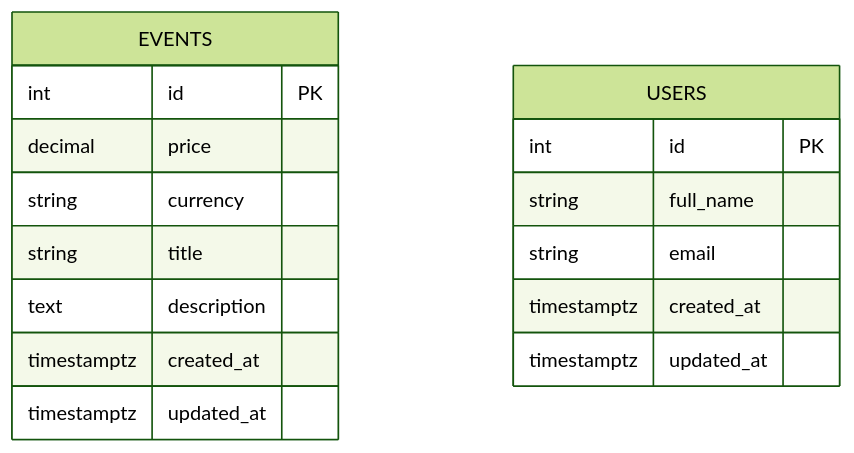
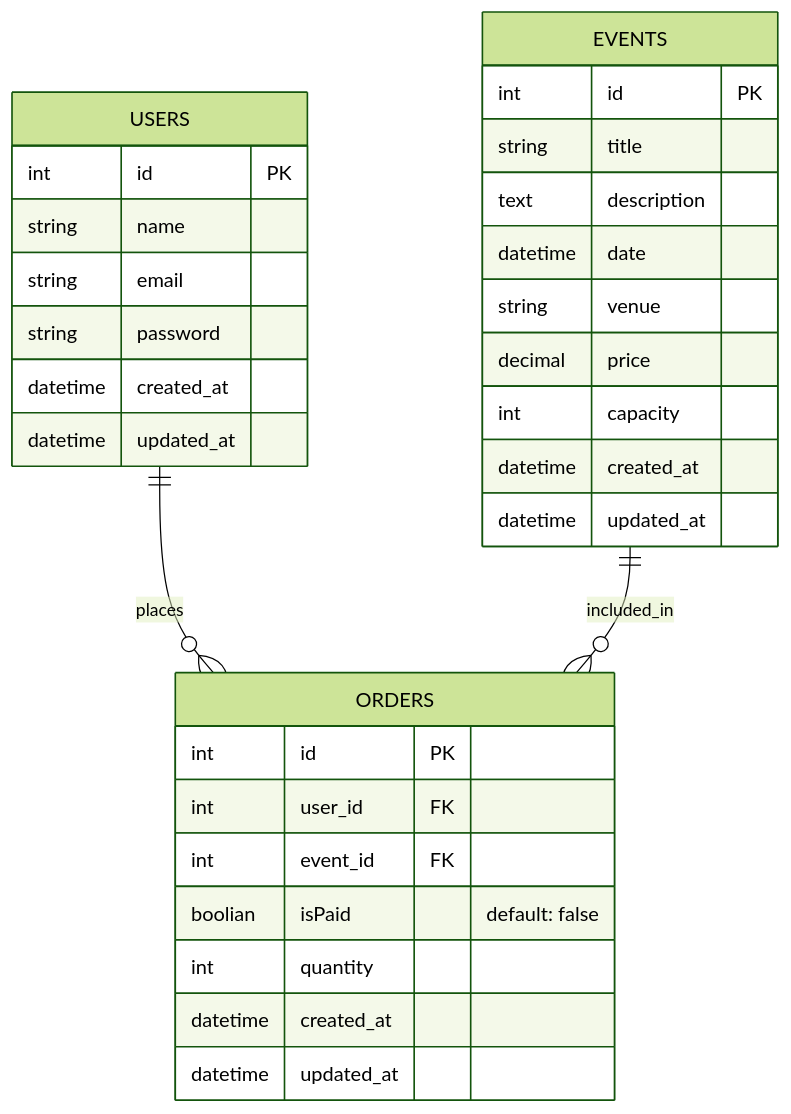
The diagram in database/readme.md (ftshn84/event-startup), drawn with Mermaid (forest theme) before and after one commit.

Commit message:
Update ERD in README: modify EVENTS and USERS entities, add ORDERS entity

````diff
--- a/database/readme.md
+++ b/database/readme.md
@@ -3,19 +3,37 @@
 ```mermaid
 erDiagram
+
     EVENTS {
         int id PK
-        decimal price
-        string currency
         string title
         text description
-        timestamptz created_at
-        timestamptz updated_at
+        datetime date
+        string venue
+        decimal price
+        int capacity
+        datetime created_at
+        datetime updated_at 
     }
-     USERS {
+
+    USERS {
         int id PK
-        string full_name
+        string name
         string email
-        timestamptz created_at
-        timestamptz updated_at
+        string password
+        datetime created_at
+        datetime updated_at    
     }
+
+    ORDERS {
+        int id PK
+        int user_id FK
+        int event_id FK
+        boolian isPaid "default: false"
+        int quantity
+        datetime created_at
+        datetime updated_at
+    }
+
+    USERS ||--o{ ORDERS : places
+    EVENTS ||--o{ ORDERS : included_in
 ```
````
